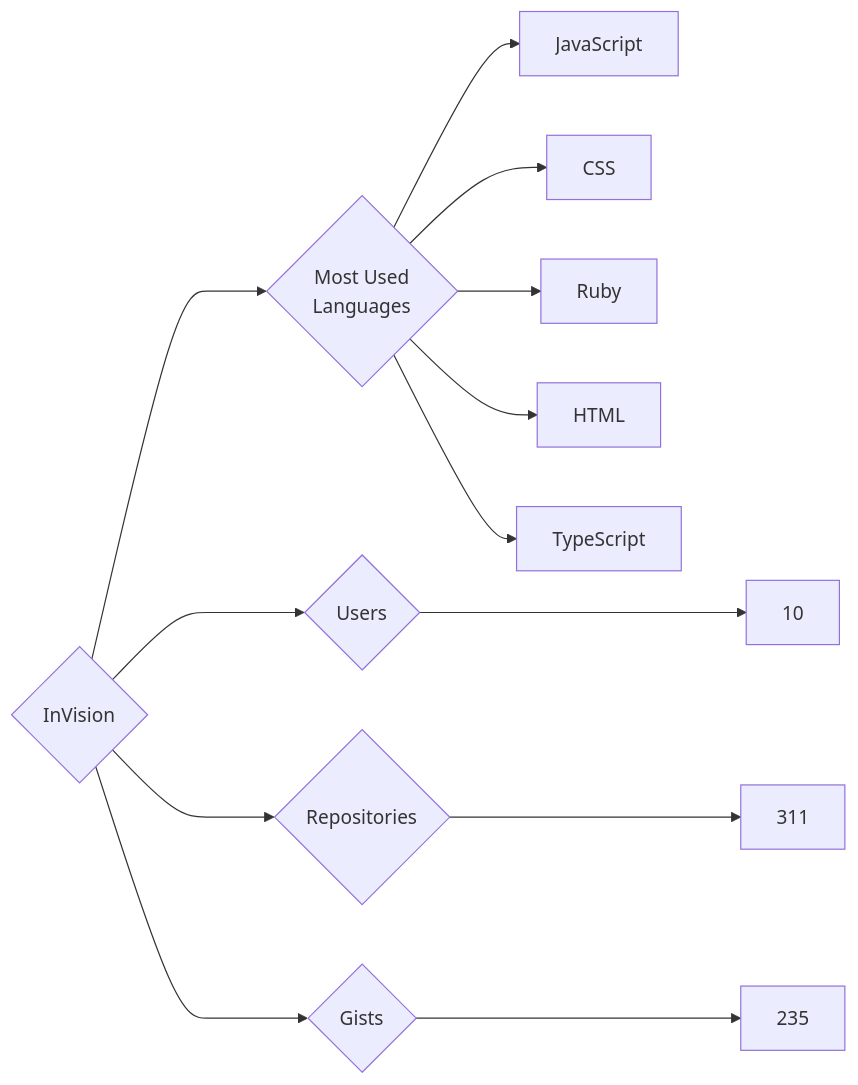
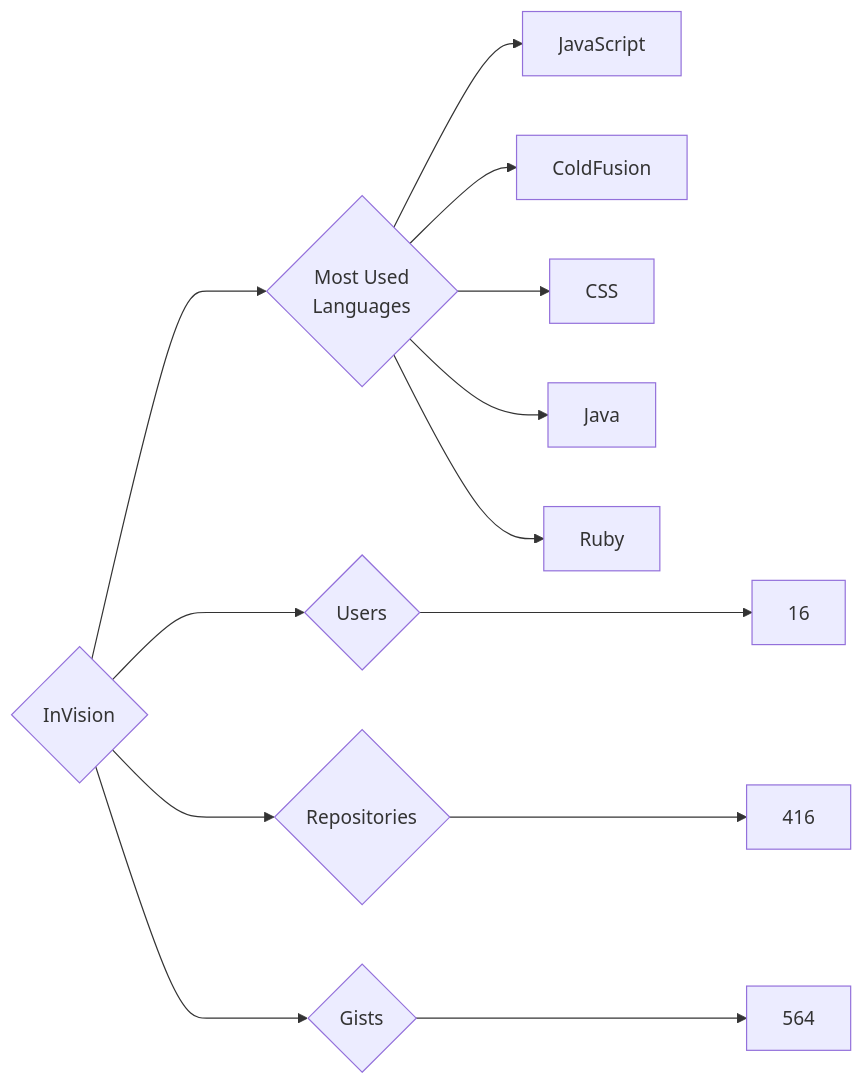
One commit to trickest/insiders changed the diagram in targets/InVision/README.md. Above: the diagram before and after it, drawn with Mermaid. The commit also changed 723 other files, not shown here.

````diff
--- a/targets/InVision/README.md
+++ b/targets/InVision/README.md
@@ -3,13 +3,13 @@
 ```mermaid
 graph LR
 COMPANY_NAME{InVision}
-COMPANY_NAME ---> U{Users} ---> UN[10]
-COMPANY_NAME ---> R{Repositories} ---> RN[311]
-COMPANY_NAME ---> G{Gists} ---> GN[235]
+COMPANY_NAME ---> U{Users} ---> UN[16]
+COMPANY_NAME ---> R{Repositories} ---> RN[416]
+COMPANY_NAME ---> G{Gists} ---> GN[564]
 COMPANY_NAME ---> ML{Most Used<br>Languages}
 ML --> JavaScript[JavaScript]
+ML --> ColdFusion[ColdFusion]
 ML --> CSS[CSS]
+ML --> Java[Java]
 ML --> Ruby[Ruby]
-ML --> HTML[HTML]
-ML --> TypeScript[TypeScript]
 ```
````
